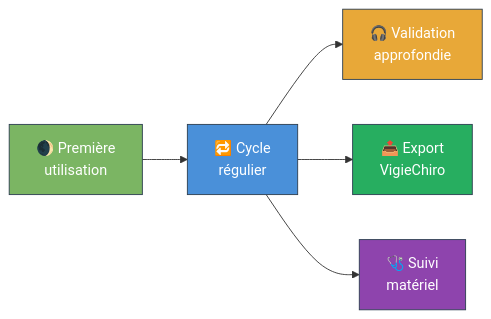
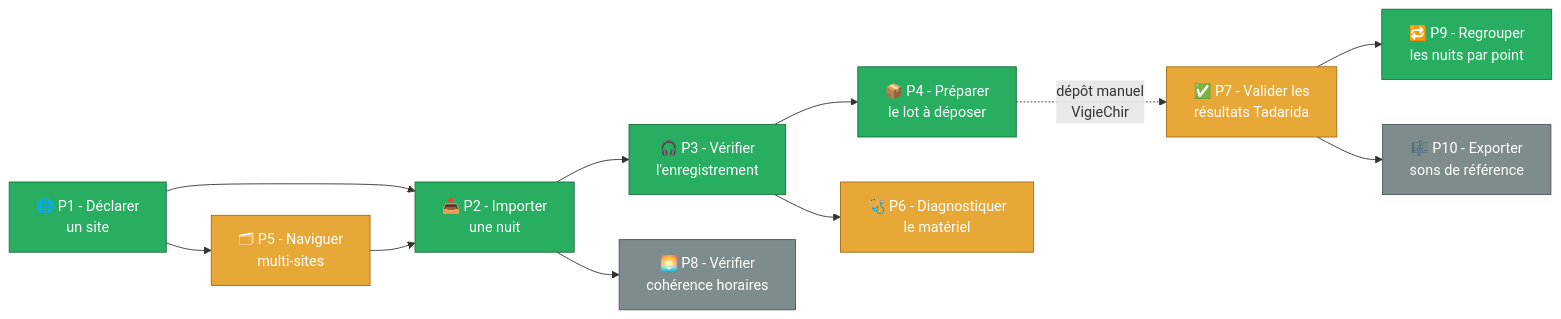
Before and after one commit to IUTInfoAix-S201/brief: the diagram in docs/Analyse et conception/Parcours utilisateurs.md, drawn with Mermaid. The commit also changed other lines of this file, not shown here.

````diff
--- a/docs/Analyse et conception/Parcours utilisateurs.md
+++ b/docs/Analyse et conception/Parcours utilisateurs.md
@@ -5,12 +9,22 @@
 ```mermaid
 flowchart LR
-    A[🌒 Première<br/>utilisation] --> B[🔁 Cycle<br/>régulier]
-    B --> C[🎧 Validation<br/>approfondie]
-    B --> D[📤 Export<br/>VigieChiro]
-    B --> E[🩺 Suivi<br/>matériel]
-    style A fill:#7bb563,stroke:#2c3e50,color:#fff
-    style B fill:#4a90d9,stroke:#2c3e50,color:#fff
-    style C fill:#e8a838,stroke:#2c3e50,color:#fff
-    style D fill:#27ae60,stroke:#2c3e50,color:#fff
-    style E fill:#8e44ad,stroke:#2c3e50,color:#fff
+    P1[🌐 P1 - Déclarer<br/>un site] --> P2[📥 P2 - Importer<br/>une nuit]
+    P2 --> P3[🎧 P3 - Vérifier<br/>l'enregistrement]
+    P3 --> P4[📦 P4 - Préparer<br/>le lot à déposer]
+    P4 -.dépôt manuel<br/>VigieChiro.-> P7[✅ P7 - Valider les<br/>résultats Tadarida]
+
+    P1 --> P5[🗂 P5 - Naviguer<br/>multi-sites]
+    P5 --> P2
+    P3 --> P6[🩺 P6 - Diagnostiquer<br/>le matériel]
+
+    P2 --> P8[🌅 P8 - Vérifier<br/>cohérence horaires]
+    P7 --> P9[🔁 P9 - Regrouper<br/>les nuits par point]
+    P7 --> P10[🎼 P10 - Exporter<br/>sons de référence]
+
+    classDef must fill:#27ae60,stroke:#1e6f3f,color:#fff
+    classDef should fill:#e8a838,stroke:#a06d12,color:#fff
+    classDef could fill:#7f8c8d,stroke:#4d5656,color:#fff
+    class P1,P2,P3,P4,P9 must
+    class P5,P6,P7 should
+    class P8,P10 could
 ```
````
